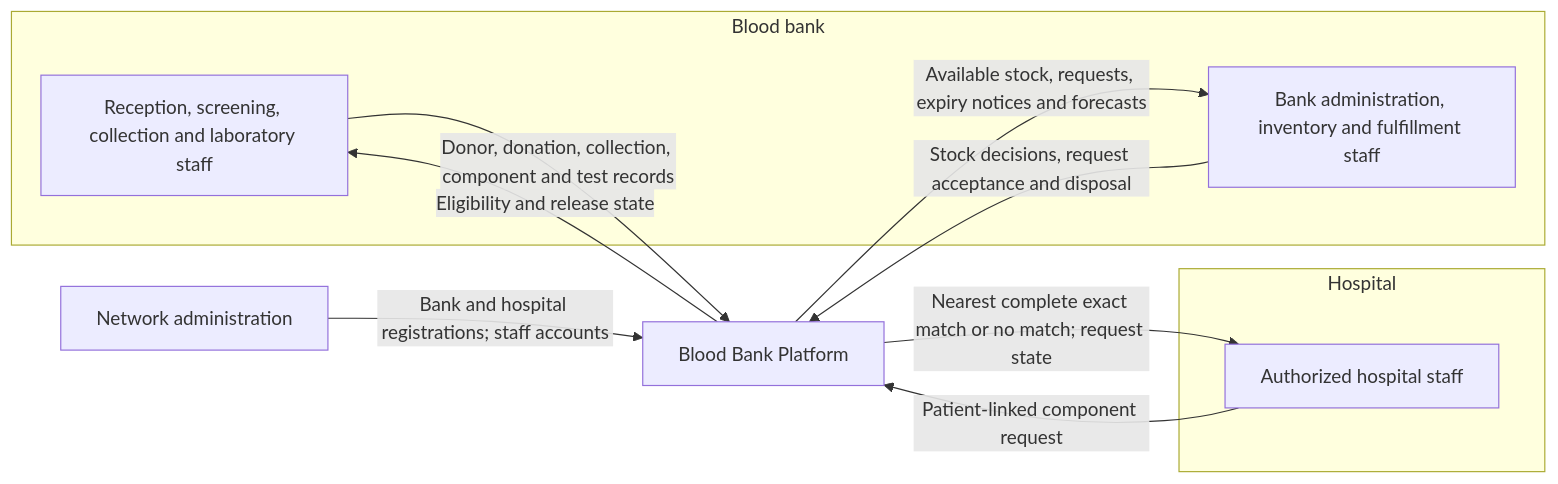
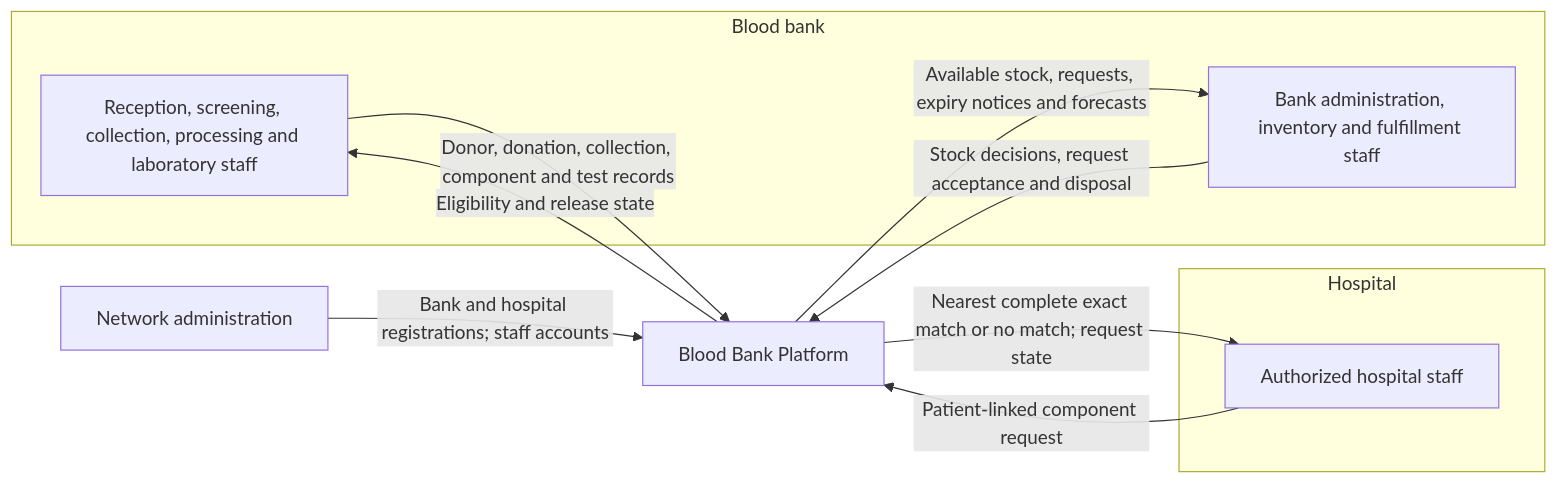
One commit to TitanDevX/BloodBankPlatformUni changed the second of 4 diagrams in docs/ARCHITECTURE.md. Above: the diagram before and after it, drawn with Mermaid. The commit also changed other lines of this file and 1 other file, not shown here.

````diff
--- a/docs/ARCHITECTURE.md
+++ b/docs/ARCHITECTURE.md
@@ -33,20 +34,20 @@
 ```mermaid
 flowchart LR
     subgraph Bank[Blood bank]
-        bankstaff[Reception, screening, collection and laboratory staff]
+        bankstaff[Reception, screening, collection, processing and laboratory staff]
         bankops[Bank administration, inventory and fulfillment staff]
     end
     subgraph Hospital[Hospital]
         hospitalstaff[Authorized hospital staff]
     end
     network[Network administration]
     system[Blood Bank Platform]
 
     network -->|Bank and hospital registrations; staff accounts| system
     bankstaff -->|Donor, donation, collection, component and test records| system
     system -->|Eligibility and release state| bankstaff
     bankops -->|Stock decisions, request acceptance and disposal| system
     system -->|Available stock, requests, expiry notices and forecasts| bankops
     hospitalstaff -->|Patient-linked component request| system
     system -->|Nearest complete exact match or no match; request state| hospitalstaff
 ```
````
